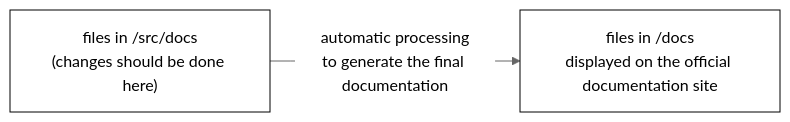
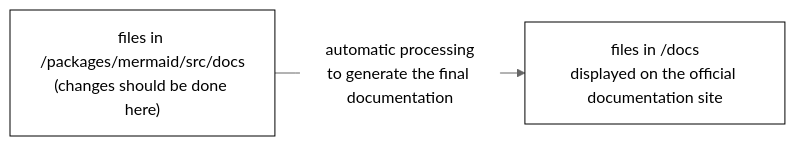
Before and after one commit to mermaid-js/mermaid: the diagram in CONTRIBUTING.md, drawn with Mermaid (neutral theme). The commit also changed other lines of this file, not shown here.

````diff
--- a/CONTRIBUTING.md
+++ b/CONTRIBUTING.md
@@ -47,7 +47,7 @@
 ```mermaid
 flowchart LR
   classDef default fill:#fff,color:black,stroke:black
 
-  source["files in /src/docs\n(changes should be done here)"] -- automatic processing\nto generate the final documentation--> published["files in /docs\ndisplayed on the official documentation site"]
+  source["files in /packages/mermaid/src/docs\n(changes should be done here)"] -- automatic processing\nto generate the final documentation--> published["files in /docs\ndisplayed on the official documentation site"]
 
 ```
````
